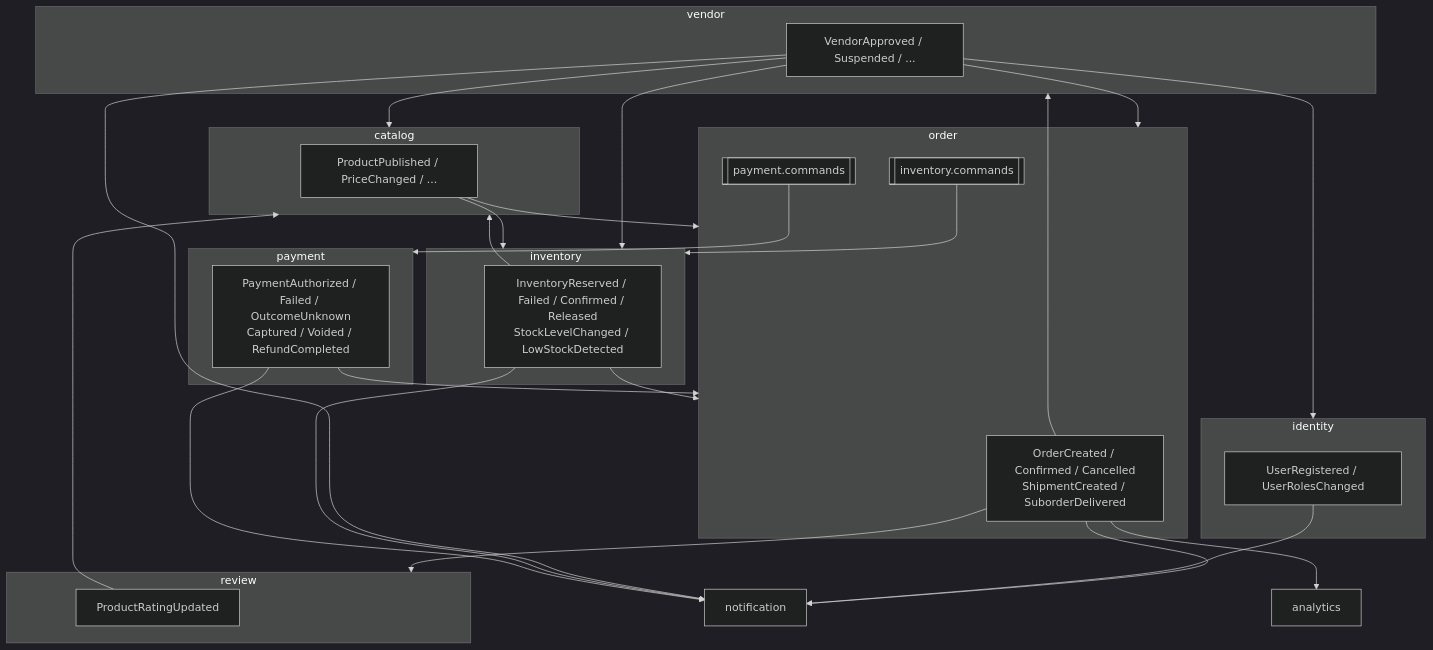
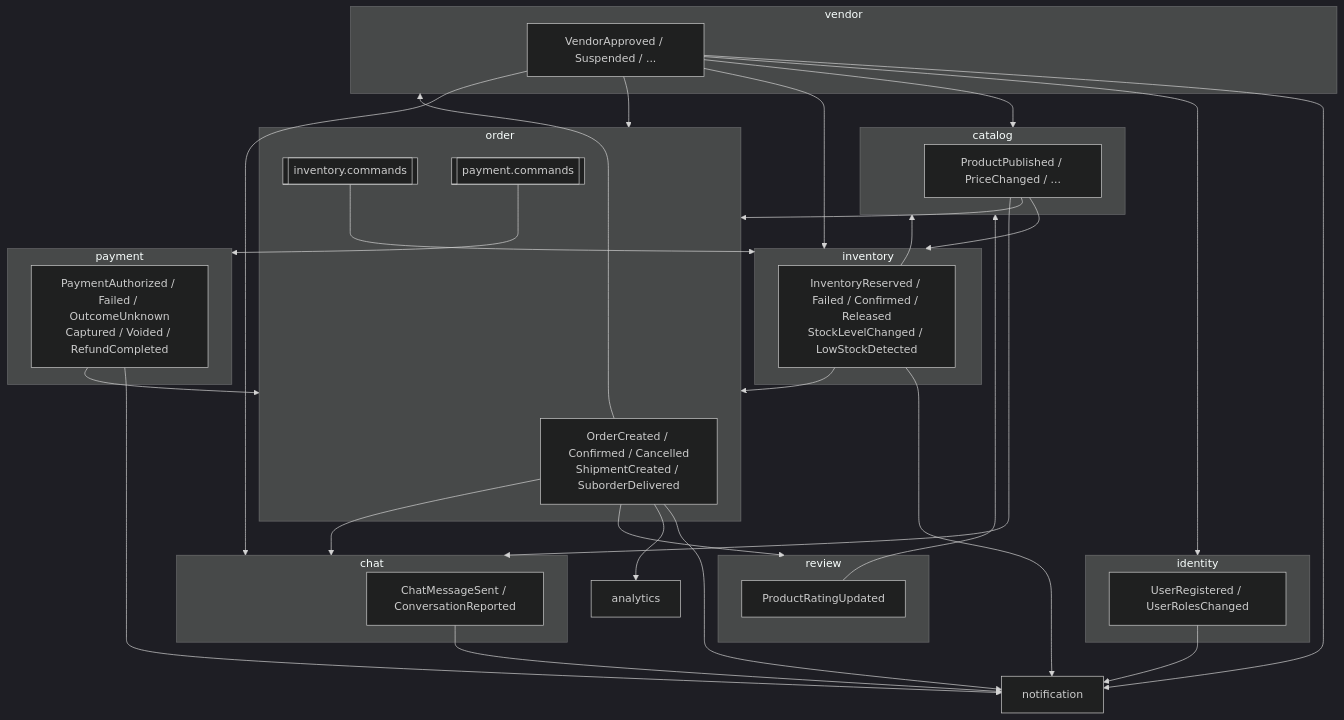
One commit to Dimple9812/MV-E-commerce changed the third of 5 diagrams in README.md. Above: the diagram before and after it, drawn with Mermaid (dark theme). The commit also changed other lines of this file and 4 other files, not shown here.

````diff
--- a/README.md
+++ b/README.md
@@ -168,35 +188,40 @@
 ```mermaid
 flowchart TB
     subgraph identity
       UR[UserRegistered / UserRolesChanged]
     end
     subgraph vendor
       VE[VendorApproved / Suspended / ...]
     end
     subgraph catalog
       PE[ProductPublished / PriceChanged / ...]
     end
     subgraph order
       OE[OrderCreated / Confirmed / Cancelled<br/>ShipmentCreated / SuborderDelivered]
       IC[[inventory.commands]]
       PC[[payment.commands]]
     end
     subgraph inventory
       IE[InventoryReserved / Failed / Confirmed / Released<br/>StockLevelChanged / LowStockDetected]
     end
     subgraph payment
       PY[PaymentAuthorized / Failed / OutcomeUnknown<br/>Captured / Voided / RefundCompleted]
     end
     subgraph review
       RE[ProductRatingUpdated]
     end
+    subgraph chat
+      CE[ChatMessageSent / ConversationReported]
+    end
     VE --> identity & catalog & inventory & order
     PE --> inventory & order
     IC --> inventory
     PC --> payment
     IE --> order & catalog
     PY --> order
     OE --> vendor & review & notification[notification] & analytics[analytics]
     RE --> catalog
     UR & VE & IE & PY --> notification
+    VE & PE & OE --> chat
+    CE --> notification
 ```
````
